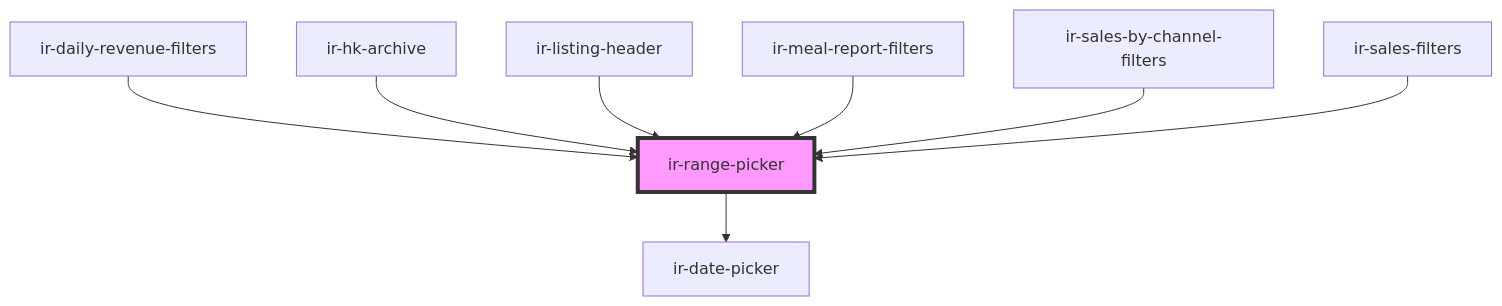
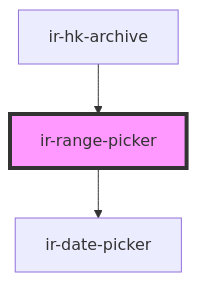
One commit to RonyRizk/ir-webcmp changed the diagram in src/components/ir-housekeeping/ir-hk-tasks/ir-hk-archive/ir-range-picker/readme.md. Above: the diagram before and after it, drawn with Mermaid. The commit also changed other lines of this file and 508 other files, not shown here.

````diff
--- a/src/components/ir-housekeeping/ir-hk-tasks/ir-hk-archive/ir-range-picker/readme.md
+++ b/src/components/ir-housekeeping/ir-hk-tasks/ir-hk-archive/ir-range-picker/readme.md
@@ -43,11 +38,6 @@
 ```mermaid
 graph TD;
   ir-range-picker --> ir-date-picker
-  ir-daily-revenue-filters --> ir-range-picker
   ir-hk-archive --> ir-range-picker
-  ir-listing-header --> ir-range-picker
-  ir-meal-report-filters --> ir-range-picker
-  ir-sales-by-channel-filters --> ir-range-picker
-  ir-sales-filters --> ir-range-picker
   style ir-range-picker fill:#f9f,stroke:#333,stroke-width:4px
 ```
````
